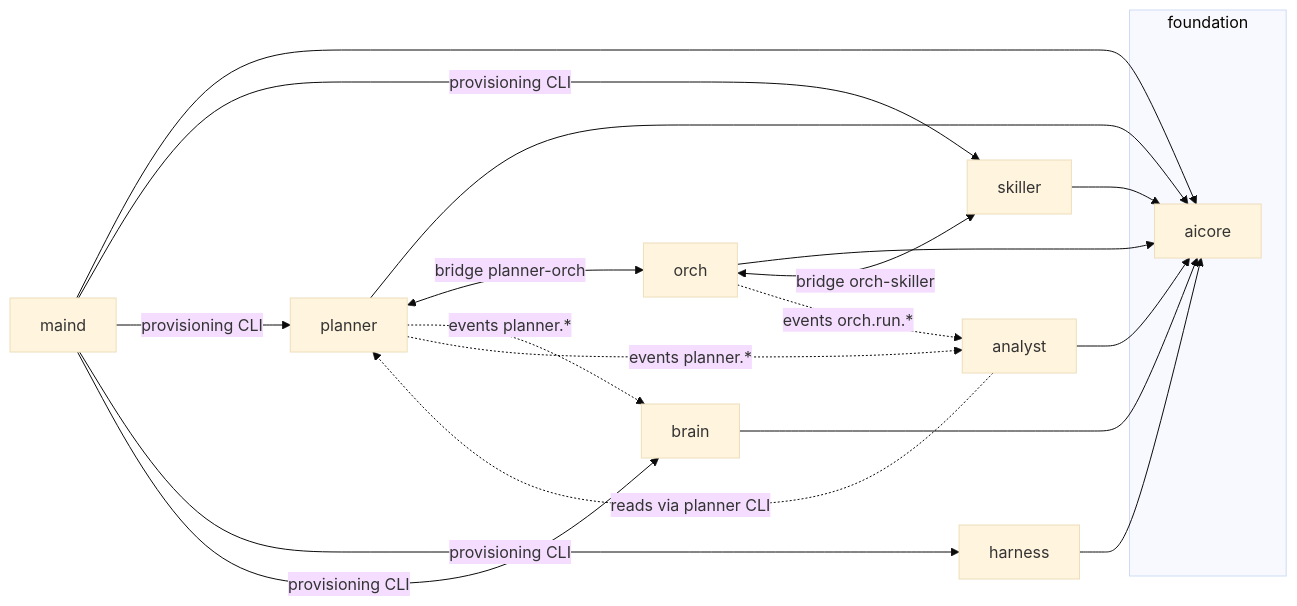
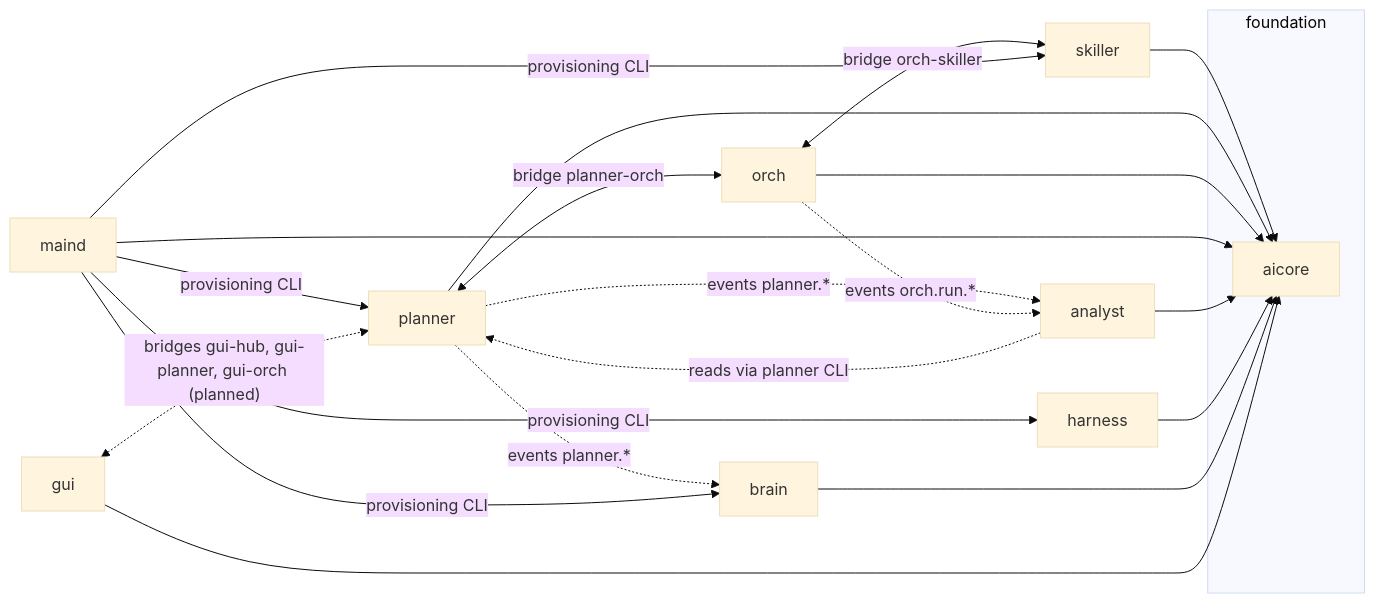
The first of 2 diagrams in docs/architecture/ecosystem.md (academici/swissknifeman), drawn with Mermaid (base theme) before and after one commit. The commit also changed other lines of this file and 35 other files, not shown here.

````diff
--- a/docs/architecture/ecosystem.md
+++ b/docs/architecture/ecosystem.md
@@ -82,23 +85,25 @@
 ```mermaid
 flowchart LR
   subgraph foundation
     aicore
   end
   skiller --> aicore
   planner --> aicore
   orch --> aicore
   maind --> aicore
   analyst --> aicore
   harness --> aicore
   brain --> aicore
+  gui --> aicore
   planner <-- "bridge planner-orch" --> orch
   orch <-- "bridge orch-skiller" --> skiller
   analyst -. "reads via planner CLI" .-> planner
   planner -. "events planner.*" .-> brain
   planner -. "events planner.*" .-> analyst
   orch -. "events orch.run.*" .-> analyst
   maind -- "provisioning CLI" --> skiller
   maind -- "provisioning CLI" --> planner
   maind -- "provisioning CLI" --> harness
   maind -- "provisioning CLI" --> brain
+  gui <-. "bridges gui-hub, gui-planner, gui-orch (planned)" .-> planner
 ```
````
